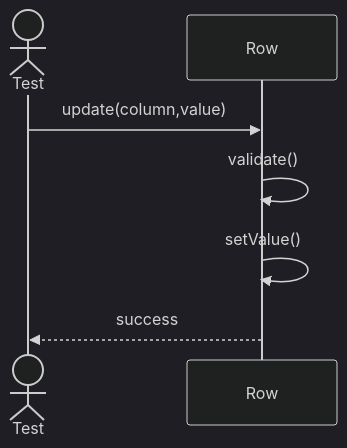
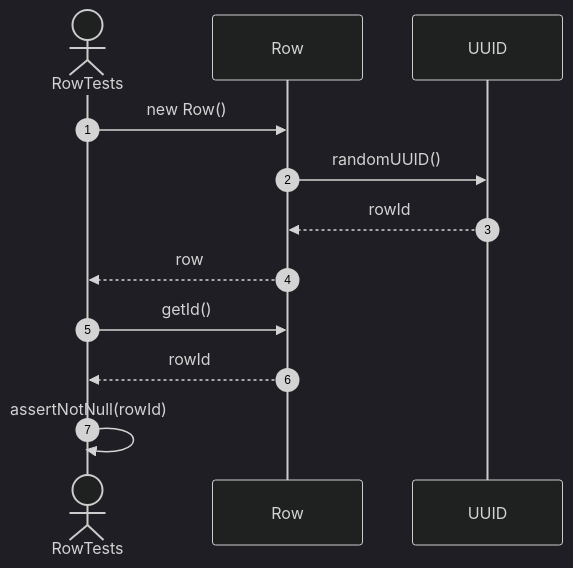
One commit to FhuAnn/-bbv-AN-s-DBMS changed the second of 33 diagrams in src/tests/unit/metadata/sequences/rows-testing.se.md. Above: the diagram before and after it, drawn with Mermaid (dark theme). The commit also changed other lines of this file and 60 other files, not shown here.

Commit message:
refactor data table, row, column, constraint, index test file

````diff
--- a/src/tests/unit/metadata/sequences/rows-testing.se.md
+++ b/src/tests/unit/metadata/sequences/rows-testing.se.md
@@ -23,13 +41,20 @@
 ```mermaid
 sequenceDiagram
-actor Test
-participant Row
+    autonumber
 
-Test->>Row: update(column,value)
+    actor Test as RowTests
+    participant Row as Row
+    participant UUID as UUID
 
-Row->>Row: validate()
+    Test->>Row: new Row()
 
-Row->>Row: setValue()
+    Row->>UUID: randomUUID()
+    UUID-->>Row: rowId
 
-Row-->>Test: success
+    Row-->>Test: row
+
+    Test->>Row: getId()
+    Row-->>Test: rowId
+
+    Test->>Test: assertNotNull(rowId)
 ```
````
